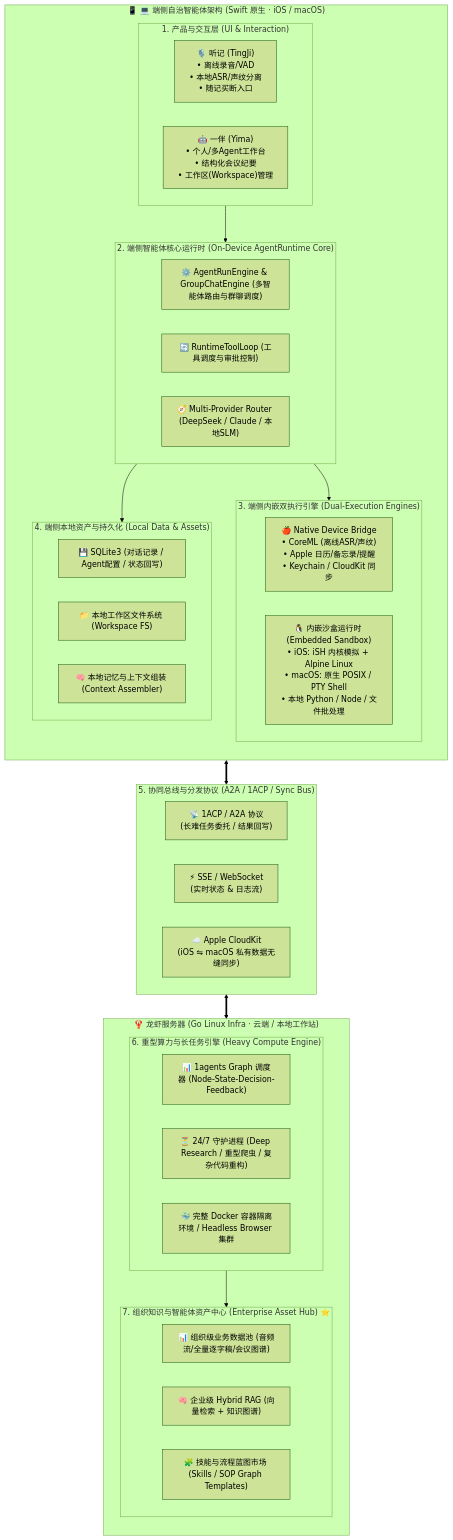
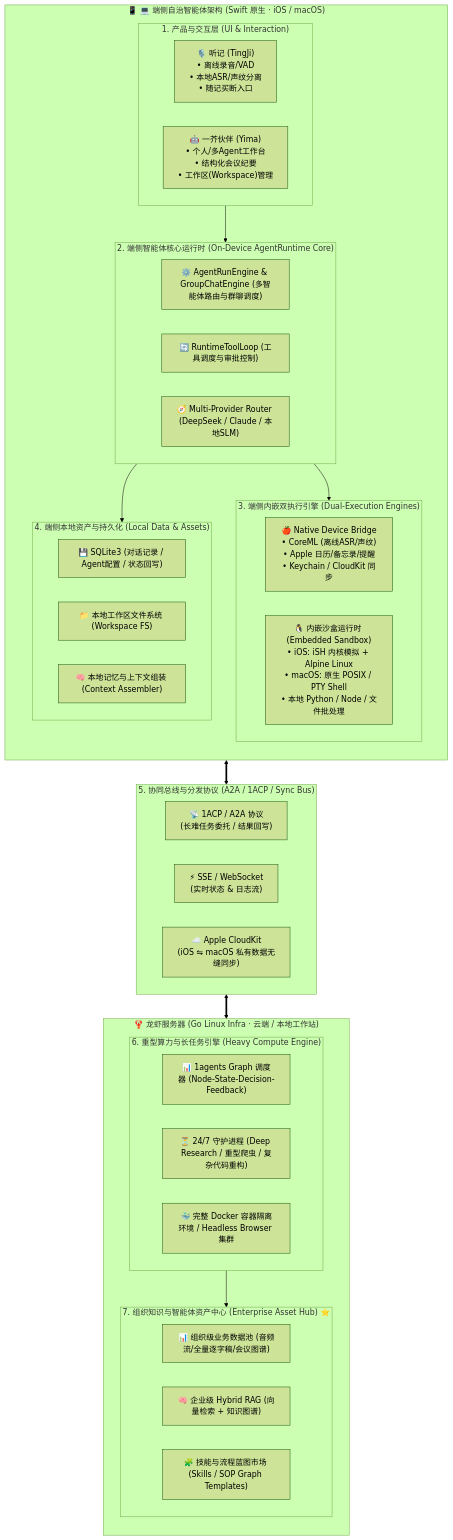
One commit to scottzx/1agents_phone changed the diagram in docs/technical-architecture-and-evolution.md. Above: the diagram before and after it, drawn with Mermaid (forest theme). The commit also changed other lines of this file and 10 other files, not shown here.

````diff
--- a/docs/technical-architecture-and-evolution.md
+++ b/docs/technical-architecture-and-evolution.md
@@ -38,59 +38,59 @@
 ```mermaid
 flowchart TB
     subgraph ClientHost["📱 💻 端侧自治智能体架构 (Swift 原生 · iOS / macOS)"]
         direction TB
         
         subgraph AppLayer["1. 产品与交互层 (UI & Interaction)"]
             TingJi["🎙️ 听记 (TingJi)<br/>• 离线录音/VAD<br/>• 本地ASR/声纹分离<br/>• 随记买断入口"]
-            Yima["🤖 一伴 (Yima)<br/>• 个人/多Agent工作台<br/>• 结构化会议纪要<br/>• 工作区(Workspace)管理"]
+            Yima["🤖 一芥伙伴 (Yima)<br/>• 个人/多Agent工作台<br/>• 结构化会议纪要<br/>• 工作区(Workspace)管理"]
         end
 
         subgraph SwiftRuntimeCore["2. 端侧智能体核心运行时 (On-Device AgentRuntime Core)"]
             Engine["⚙️ AgentRunEngine & GroupChatEngine (多智能体路由与群聊调度)"]
             ToolLoop["🔄 RuntimeToolLoop (工具调度与审批控制)"]
             ModelRouter["🧭 Multi-Provider Router (DeepSeek / Claude / 本地SLM)"]
         end
 
         subgraph LocalExecution["3. 端侧内嵌双执行引擎 (Dual-Execution Engines)"]
             direction LR
             NativeBridge["🍎 Native Device Bridge<br/>• CoreML (离线ASR/声纹)<br/>• Apple 日历/备忘录/提醒<br/>• Keychain / CloudKit 同步"]
             EmbeddedLinux["🐧 内嵌沙盒运行时 (Embedded Sandbox)<br/>• iOS: iSH 内核模拟 + Alpine Linux<br/>• macOS: 原生 POSIX / PTY Shell<br/>• 本地 Python / Node / 文件批处理"]
         end
 
         subgraph LocalAssets["4. 端侧本地资产与持久化 (Local Data & Assets)"]
             SQLiteStore["💾 SQLite3 (对话记录 / Agent配置 / 状态回写)"]
             WorkspaceFS["📁 本地工作区文件系统 (Workspace FS)"]
             LocalMemory["🧠 本地记忆与上下文组装 (Context Assembler)"]
         end
 
         AppLayer --> SwiftRuntimeCore
         SwiftRuntimeCore --> LocalExecution
         SwiftRuntimeCore --> LocalAssets
     end
 
     subgraph SyncProtocol["5. 协同总线与分发协议 (A2A / 1ACP / Sync Bus)"]
         direction LR
         A2ABus["📡 1ACP / A2A 协议<br/>(长难任务委托 / 结果回写)"]
         StreamBus["⚡ SSE / WebSocket<br/>(实时状态 & 日志流)"]
         CloudKitBus["☁️ Apple CloudKit<br/>(iOS ⇋ macOS 私有数据无缝同步)"]
     end
 
     subgraph ServerInfra["🦞 龙虾服务器 (Go Linux Infra · 云端 / 本地工作站)"]
         direction TB
         subgraph ServerCore["6. 重型算力与长任务引擎 (Heavy Compute Engine)"]
             GraphEngine["📊 1agents Graph 调度器 (Node-State-Decision-Feedback)"]
             LongTaskQueue["⏳ 24/7 守护进程 (Deep Research / 重型爬虫 / 复杂代码重构)"]
             DockerCluster["🐳 完整 Docker 容器隔离环境 / Headless Browser 集群"]
         end
 
         subgraph OrgAssetHub["7. 组织知识与智能体资产中心 (Enterprise Asset Hub) ⭐"]
             BizData["📊 组织级业务数据池 (音频流/全量逐字稿/会议图谱)"]
             HybridRAG["🧠 企业级 Hybrid RAG (向量检索 + 知识图谱)"]
             SkillMarket["🧩 技能与流程蓝图市场 (Skills / SOP Graph Templates)"]
         end
         ServerCore --> OrgAssetHub
     end
 
     ClientHost <==> SyncProtocol
     SyncProtocol <==> ServerInfra
 ```
````
